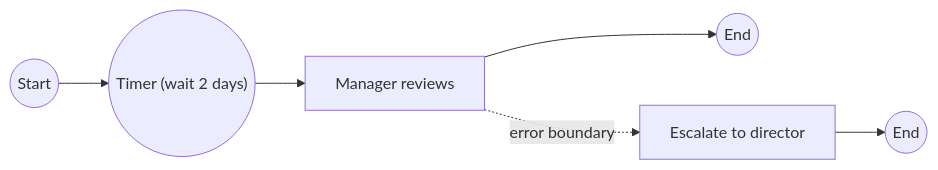
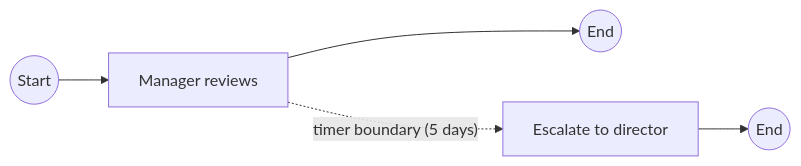
One commit to klesajos/grimoire changed the diagram in plugins/archmage/skills/bpmn/reference/events.md. Above: the diagram before and after it, drawn with Mermaid. The commit also changed 27 other files, not shown here.

````diff
--- a/plugins/archmage/skills/bpmn/reference/events.md
+++ b/plugins/archmage/skills/bpmn/reference/events.md
@@ -247,8 +247,7 @@
 ```mermaid
 flowchart LR
-  S((Start)) --> T(("Timer (wait 2 days)"))
-  T --> A["Manager reviews"]
+  S((Start)) --> A["Manager reviews"]
   A --> E1((End))
-  A -. error boundary .-> B["Escalate to director"]
+  A -. "timer boundary (5 days)" .-> B["Escalate to director"]
   B --> E2((End))
 ```
````
